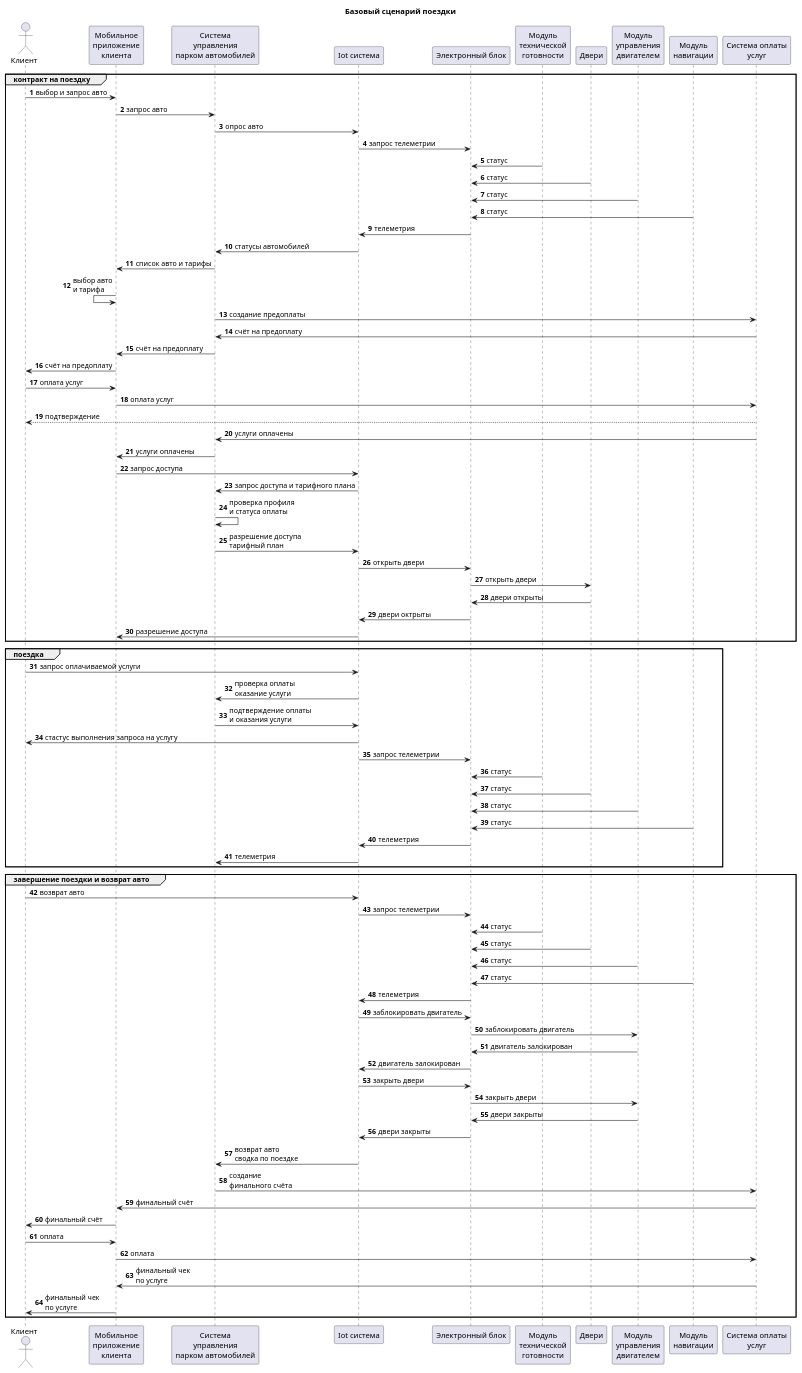
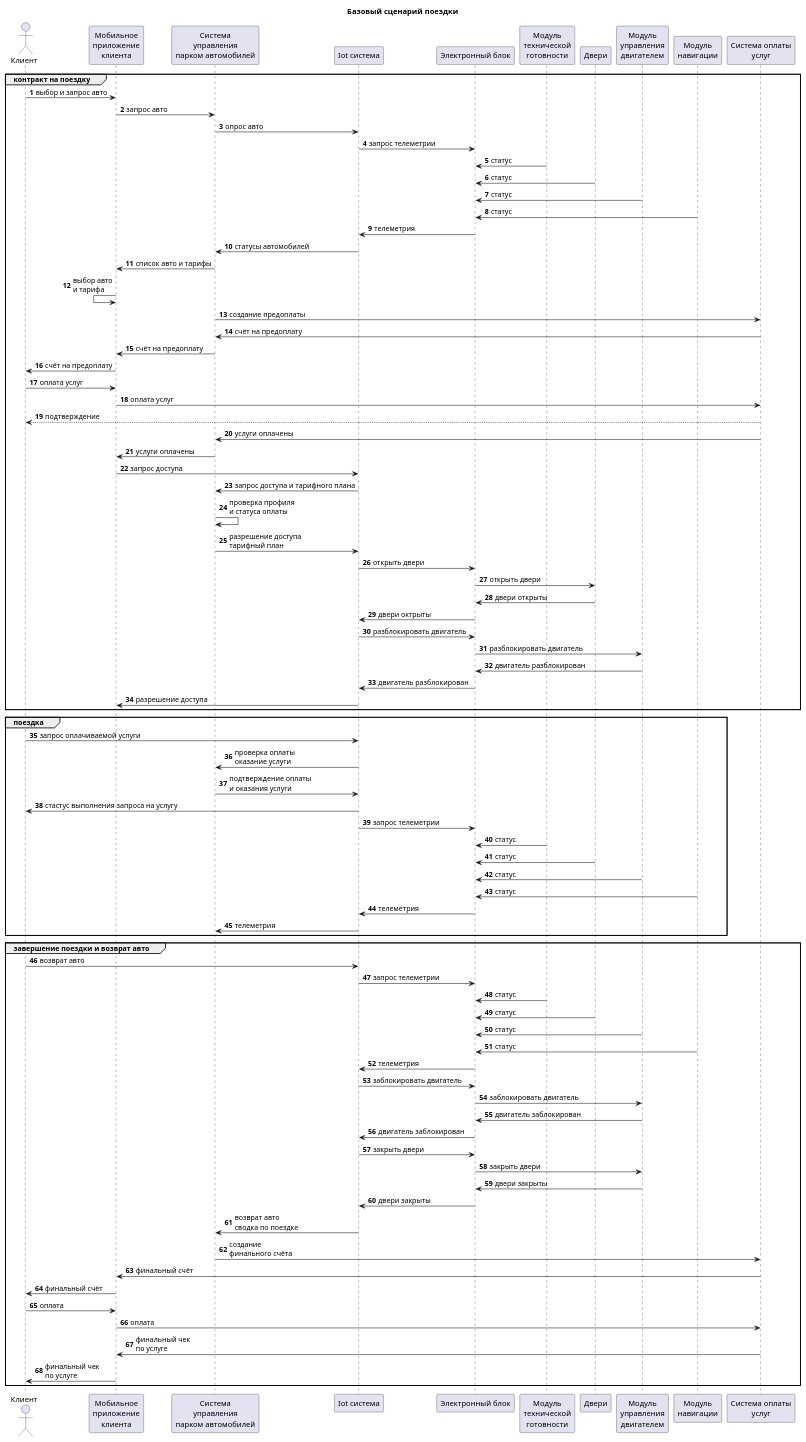
Before and after one commit to 1kitten/cyberimmune-3: the diagram in docs/seq_diag/base_scen.puml, drawn with PlantUML.

Commit message:
add engine start

```diff
--- a/docs/seq_diag/base_scen.puml
+++ b/docs/seq_diag/base_scen.puml
@@ -1,84 +1,88 @@
-@startuml base_scen_drive
+@startuml
 title Базовый сценарий поездки
 autonumber
 actor "Клиент" as client
 participant "Мобильное\nприложение\nклиента" as mobile
 participant "Система\nуправления\nпарком автомобилей" as manage_sys
 participant "Iot система" as iot
 participant "Электронный блок" as eblocks
 participant "Модуль\nтехнической\nготовности" as tech_ready
 participant "Двери" as doors
 participant "Модуль\nуправления\nдвигателем" as engine
 participant "Модуль\nнавигации" as gps
 participant "Система оплаты\nуслуг" as bank
 group контракт на поездку
     client -> mobile: выбор и запрос авто
     mobile -> manage_sys: запрос авто
     manage_sys -> iot: опрос авто
     iot -> eblocks: запрос телеметрии
     tech_ready -> eblocks: статус
     doors -> eblocks: статус
     engine -> eblocks: статус
     gps -> eblocks: статус
     eblocks -> iot: телеметрия 
     iot -> manage_sys: статусы автомобилей
     manage_sys -> mobile: список авто и тарифы
     mobile <- mobile: выбор авто\nи тарифа
     manage_sys -> bank: создание предоплаты
     bank -> manage_sys: счёт на предоплату
     manage_sys -> mobile: счёт на предоплату
     mobile -> client: счёт на предоплату
     client -> mobile: оплата услуг
     mobile -> bank: оплата услуг
     bank --> client: подтверждение
     bank -> manage_sys: услуги оплачены
     manage_sys -> mobile: услуги оплачены
     mobile -> iot: запрос доступа
     iot -> manage_sys: запрос доступа и тарифного плана
     manage_sys -> manage_sys: проверка профиля\nи статуса оплаты
     manage_sys -> iot: разрешение доступа\nтарифный план
     iot -> eblocks: открыть двери
     eblocks -> doors: открыть двери
     doors -> eblocks: двери открыты
     eblocks -> iot: двери октрыты
+    iot -> eblocks: разблокировать двигатель
+    eblocks -> engine: разблокировать двигатель
+    engine -> eblocks: двигатель разблокирован
+    eblocks -> iot: двигатель разблокирован
     iot -> mobile: разрешение доступа
 end
 group поездка
     client -> iot: запрос оплачиваемой услуги
     iot -> manage_sys: проверка оплаты\nоказание услуги
     manage_sys -> iot: подтверждение оплаты\nи оказания услуги
     iot -> client: стастус выполнения запроса на услугу
     iot -> eblocks: запрос телеметрии
     tech_ready -> eblocks: статус
     doors -> eblocks: статус
     engine -> eblocks: статус
     gps -> eblocks: статус
     eblocks -> iot: телеметрия
     iot -> manage_sys: телеметрия
 end
 group завершение поездки и возврат авто
     client -> iot: возврат авто
     iot -> eblocks: запрос телеметрии
     tech_ready -> eblocks: статус
     doors -> eblocks: статус
     engine -> eblocks: статус
     gps -> eblocks: статус
     eblocks -> iot: телеметрия
     iot -> eblocks: заблокировать двигатель
     eblocks -> engine: заблокировать двигатель
-    engine -> eblocks: двигатель залокирован
-    eblocks -> iot: двигатель залокирован
+    engine -> eblocks: двигатель заблокирован
+    eblocks -> iot: двигатель заблокирован
     iot -> eblocks: закрыть двери
     eblocks -> engine: закрыть двери
     engine -> eblocks: двери закрыты
     eblocks -> iot: двери закрыты
     iot -> manage_sys: возврат авто\nсводка по поездке
     manage_sys -> bank: создание\nфинального счёта
     bank -> mobile: финальный счёт
     mobile -> client: финальный счёт
     client -> mobile: оплата
     mobile -> bank: оплата
     bank -> mobile: финальный чек\nпо услуге
     mobile -> client: финальный чек\nпо услуге
 end
 @enduml
```
